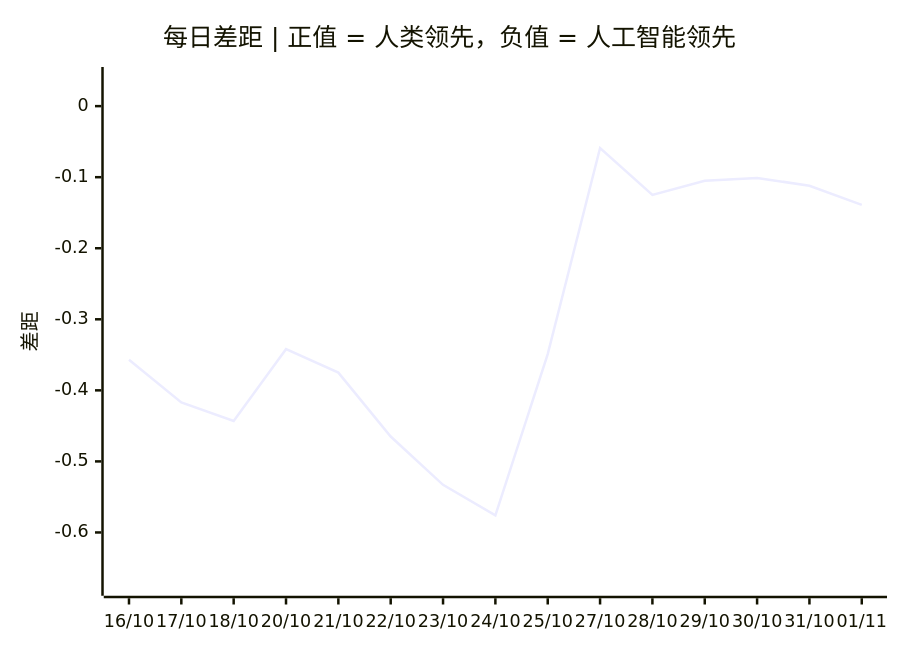
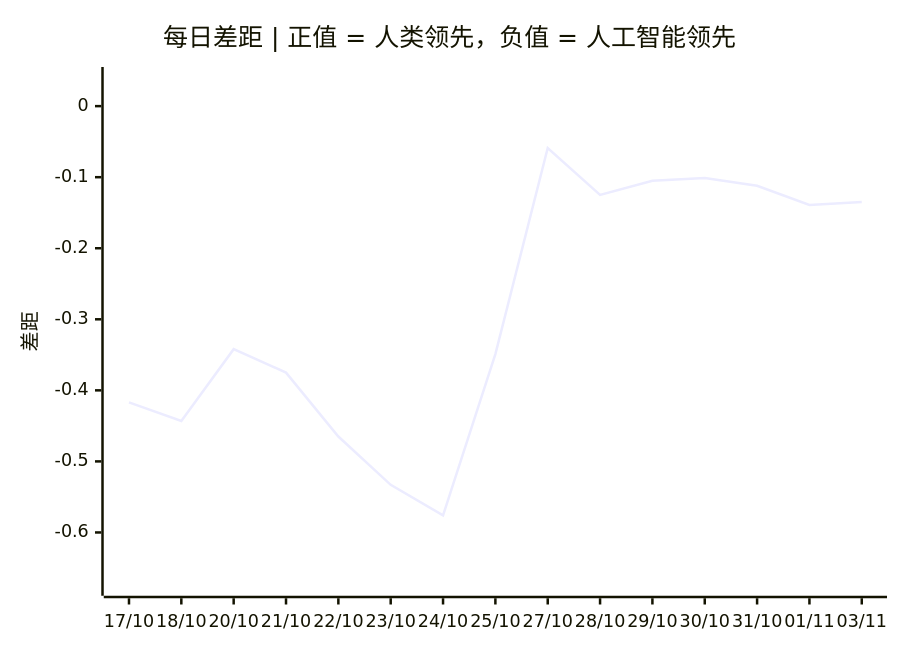
One commit to VQQLK/Human-AI-Monitor changed the third of 3 diagrams in README.zh.md. Above: the diagram before and after it, drawn with Mermaid. The commit also changed other lines of this file and 3 other files, not shown here.

````diff
--- a/README.zh.md
+++ b/README.zh.md
@@ -56,7 +56,7 @@
 ```mermaid
 xychart-beta
     title "每日差距 | 正值 = 人类领先，负值 = 人工智能领先"
-    x-axis ["16/10", "17/10", "18/10", "20/10", "21/10", "22/10", "23/10", "24/10", "25/10", "27/10", "28/10", "29/10", "30/10", "31/10", "01/11"]
+    x-axis ["17/10", "18/10", "20/10", "21/10", "22/10", "23/10", "24/10", "25/10", "27/10", "28/10", "29/10", "30/10", "31/10", "01/11", "03/11"]
     y-axis "差距" -0.675 --> 0.041
-    line [-0.357, -0.417, -0.443, -0.342, -0.375, -0.465, -0.533, -0.576, -0.349, -0.059, -0.125, -0.105, -0.101, -0.112, -0.139]
+    line [-0.417, -0.443, -0.342, -0.375, -0.465, -0.533, -0.576, -0.349, -0.059, -0.125, -0.105, -0.101, -0.112, -0.139, -0.135]
 ```
````
